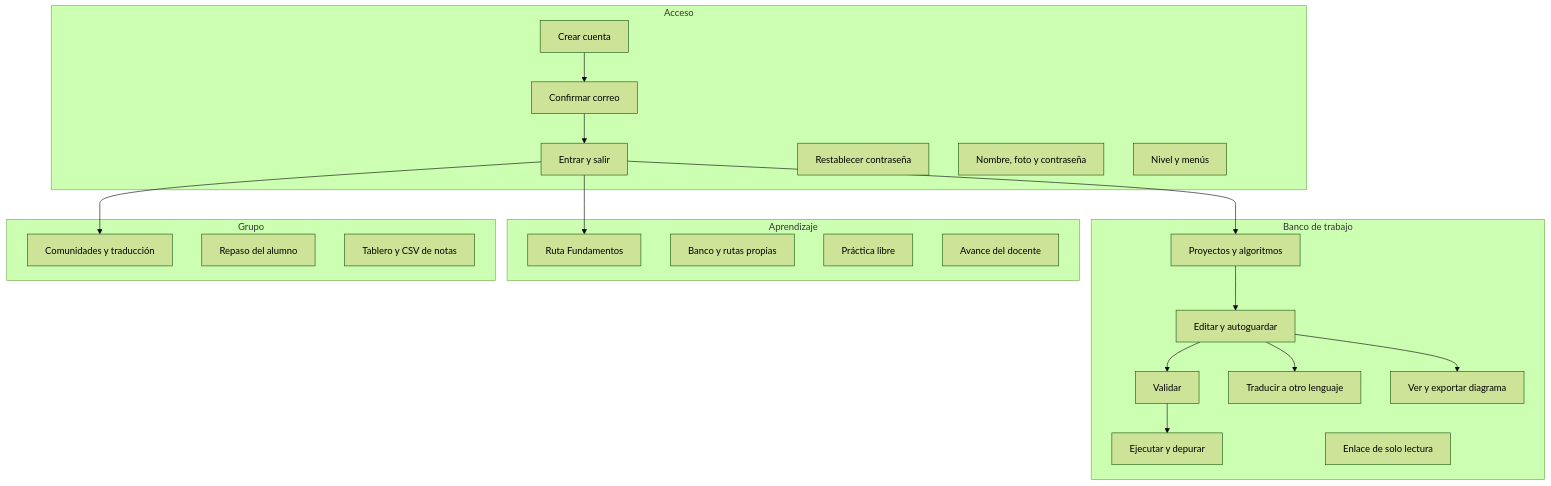
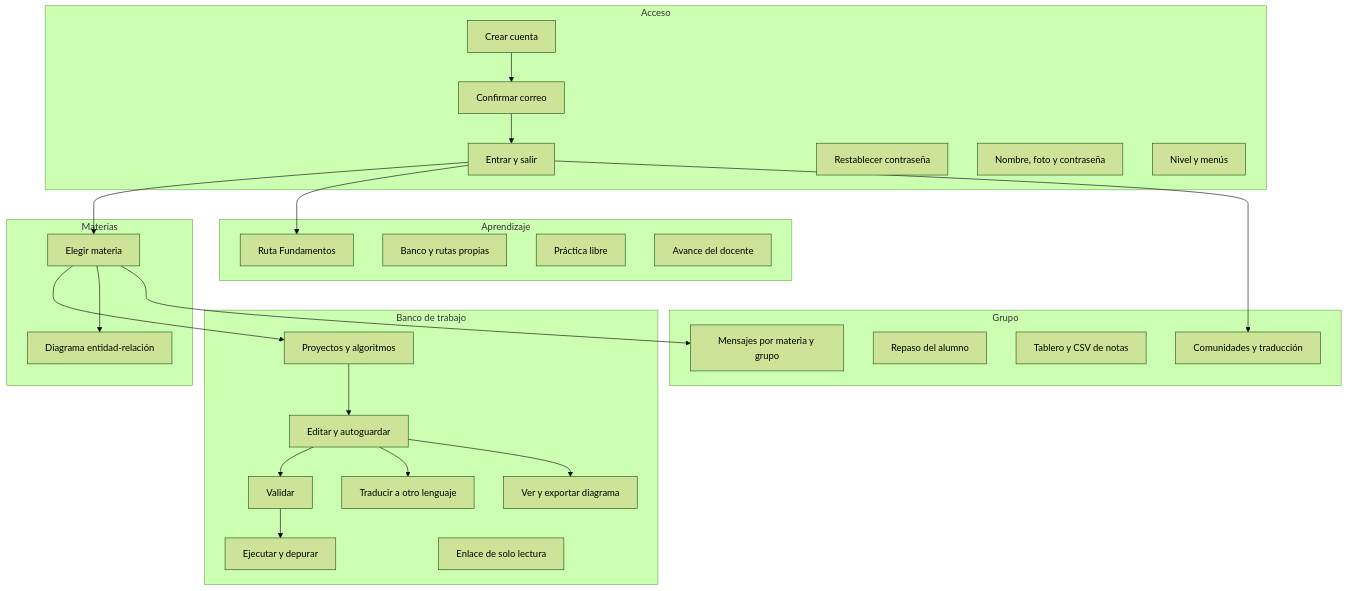
Before and after one commit to roque-code/FCDesign_client_server: the diagram in docs/vistas/arquitectura-funcional.md, drawn with Mermaid (forest theme). The commit also changed other lines of this file and 24 other files, not shown here.

````diff
--- a/docs/vistas/arquitectura-funcional.md
+++ b/docs/vistas/arquitectura-funcional.md
@@ -5,37 +5,45 @@
 ```mermaid
 flowchart TB
     subgraph acceso [Acceso]
         alta[Crear cuenta]
         confirmar[Confirmar correo]
         entrar[Entrar y salir]
         clave[Restablecer contraseña]
         ficha[Nombre, foto y contraseña]
         nivel[Nivel y menús]
     end
     subgraph trabajo [Banco de trabajo]
         proy[Proyectos y algoritmos]
         editar[Editar y autoguardar]
         validar[Validar]
         traducir[Traducir a otro lenguaje]
         correr[Ejecutar y depurar]
         diagrama[Ver y exportar diagrama]
         compartir[Enlace de solo lectura]
     end
     subgraph aprendizaje [Aprendizaje]
         ruta[Ruta Fundamentos]
         banco[Banco y rutas propias]
         practica[Práctica libre]
         avance[Avance del docente]
     end
     subgraph grupo [Grupo]
         comunidad[Comunidades y traducción]
         repaso[Repaso del alumno]
         notas[Tablero y CSV de notas]
+        mensajes[Mensajes por materia y grupo]
     end
-    alta --> confirmar --> entrar --> proy
+    subgraph materias [Materias]
+        elegir[Elegir materia]
+        er[Diagrama entidad-relación]
+    end
+    alta --> confirmar --> entrar --> elegir
+    elegir --> proy
+    elegir --> er
+    elegir --> mensajes
     proy --> editar --> validar --> correr
     editar --> traducir
     editar --> diagrama
     entrar --> ruta
     entrar --> comunidad
 ```
````
